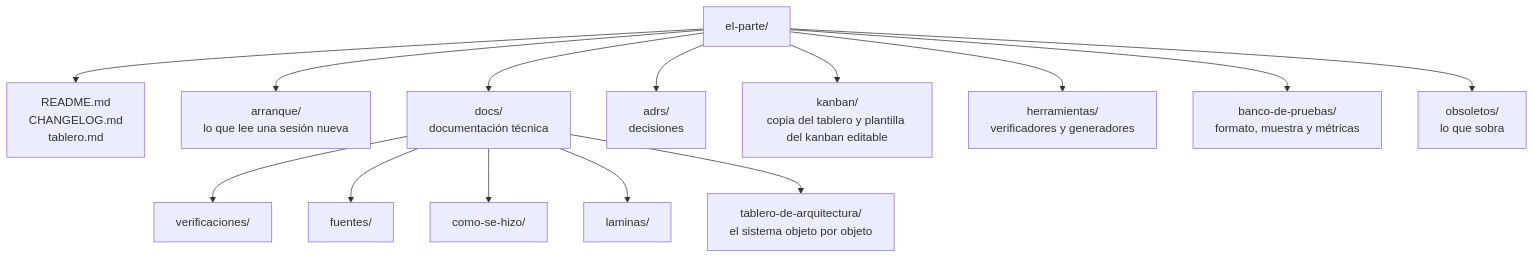
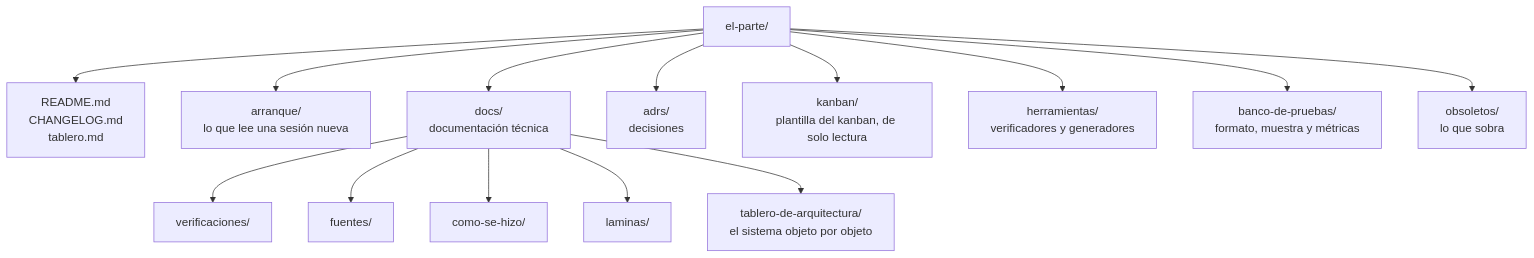
One commit to andresdiegolanda/el-parte changed the diagram in arranque/mapa.md. Above: the diagram before and after it, drawn with Mermaid. The commit also changed other lines of this file and 40 other files, not shown here.

````diff
--- a/arranque/mapa.md
+++ b/arranque/mapa.md
@@ -5,16 +5,16 @@
 ```mermaid
 flowchart TD
     R[el-parte/] --> RM[README.md<br/>CHANGELOG.md<br/>tablero.md]
     R --> AR[arranque/<br/>lo que lee una sesión nueva]
     R --> DO[docs/<br/>documentación técnica]
     R --> AD[adrs/<br/>decisiones]
-    R --> KA[kanban/<br/>copia del tablero y plantilla del kanban editable]
+    R --> KA[kanban/<br/>plantilla del kanban, de solo lectura]
     R --> HE[herramientas/<br/>verificadores y generadores]
     R --> BP[banco-de-pruebas/<br/>formato, muestra y métricas]
     R --> OB[obsoletos/<br/>lo que sobra]
     DO --> DV[verificaciones/]
     DO --> DF[fuentes/]
     DO --> DC[como-se-hizo/]
     DO --> DL[laminas/]
     DO --> DT[tablero-de-arquitectura/<br/>el sistema objeto por objeto]
 ```
````
